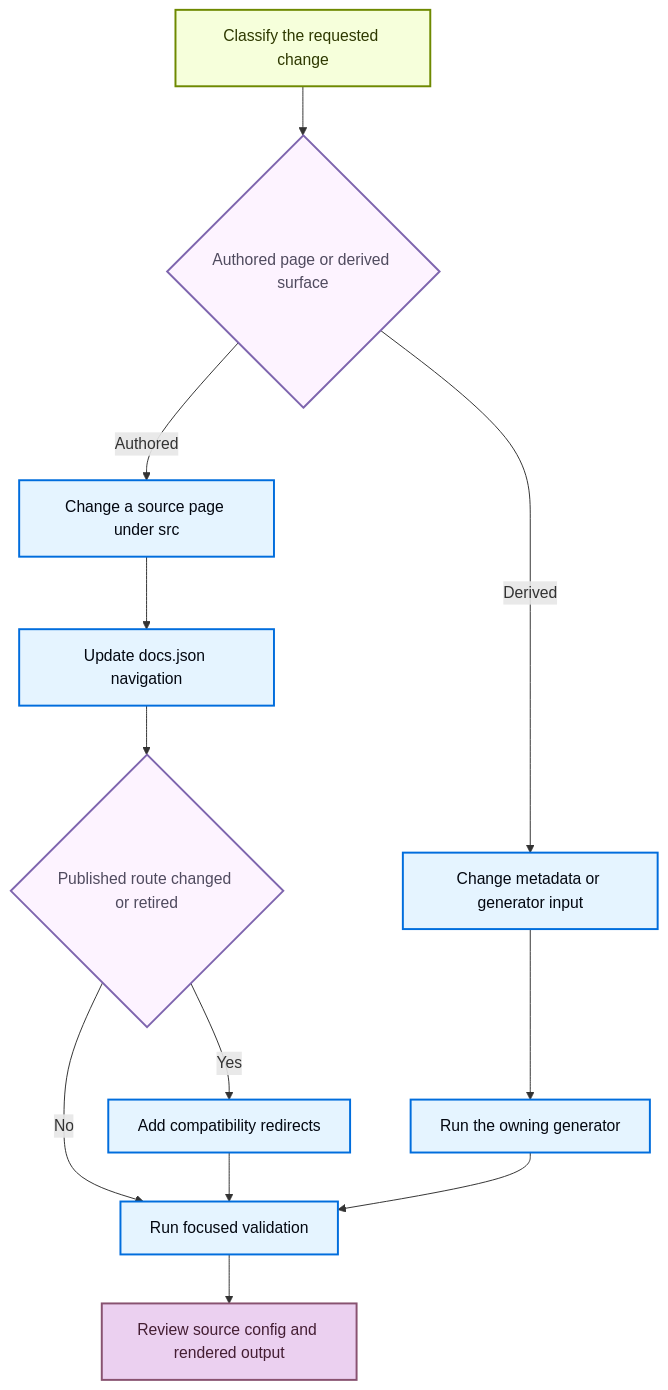
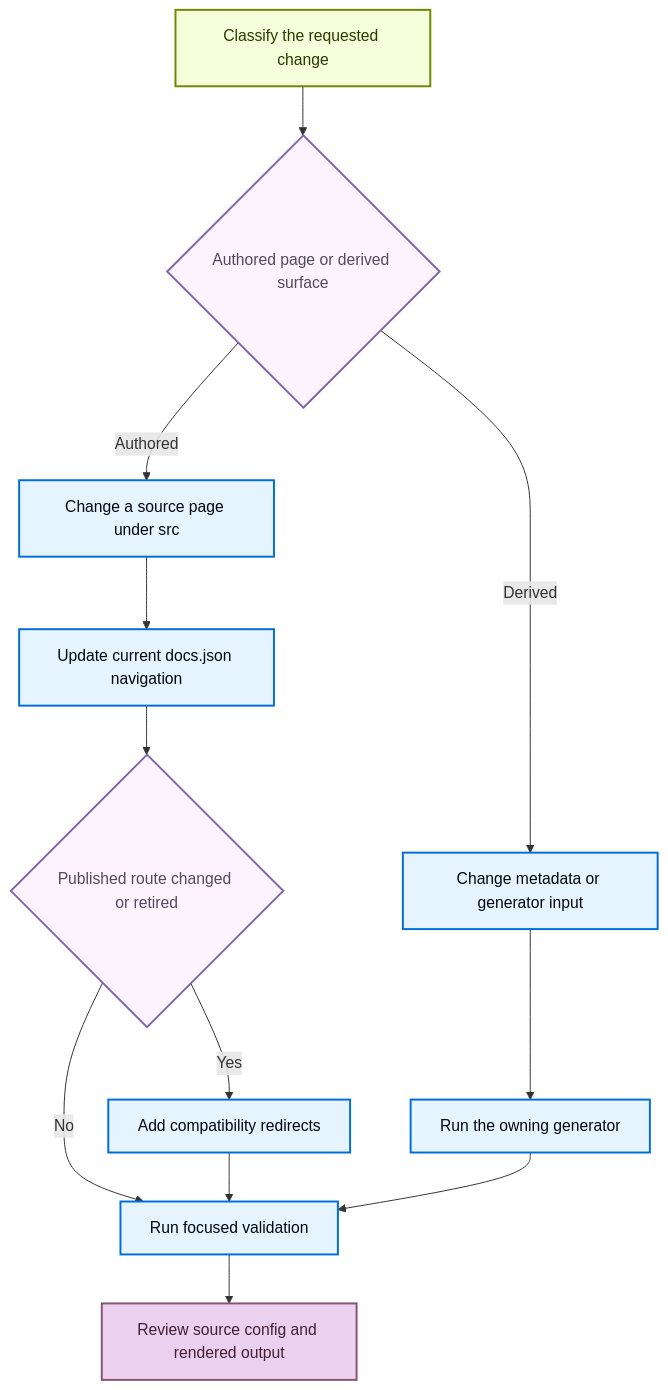
The diagram in openwiki/operations/adding-pages.md (langchain-ai/docs), drawn with Mermaid before and after one commit. The commit also changed other lines of this file and 16 other files, not shown here.

````diff
--- a/openwiki/operations/adding-pages.md
+++ b/openwiki/operations/adding-pages.md
@@ -49,22 +49,22 @@
 ```mermaid
 flowchart TD
     Start["Classify the requested change"] --> Owner{"Authored page or derived surface"}
     Owner -->|"Authored"| Source["Change a source page under src"]
     Owner -->|"Derived"| Input["Change metadata or generator input"]
-    Source --> Nav["Update docs.json navigation"]
+    Source --> Nav["Update current docs.json navigation"]
     Input --> Generate["Run the owning generator"]
     Nav --> Route{"Published route changed or retired"}
     Route -->|"Yes"| Redirect["Add compatibility redirects"]
     Route -->|"No"| Check["Run focused validation"]
     Redirect --> Check
     Generate --> Check
     Check --> Review["Review source config and rendered output"]
     classDef process fill:#E5F4FF,stroke:#006DDD,stroke-width:2px,color:#030710
     classDef trigger fill:#F6FFDB,stroke:#6E8900,stroke-width:2px,color:#2E3900
     classDef decision fill:#FDF3FF,stroke:#7E65AE,stroke-width:2px,color:#504B5F
     classDef output fill:#EBD0F0,stroke:#885270,stroke-width:2px,color:#441E33
     class Start trigger
     class Owner,Route decision
     class Source,Input,Nav,Generate,Redirect,Check process
     class Review output
 ```
````
